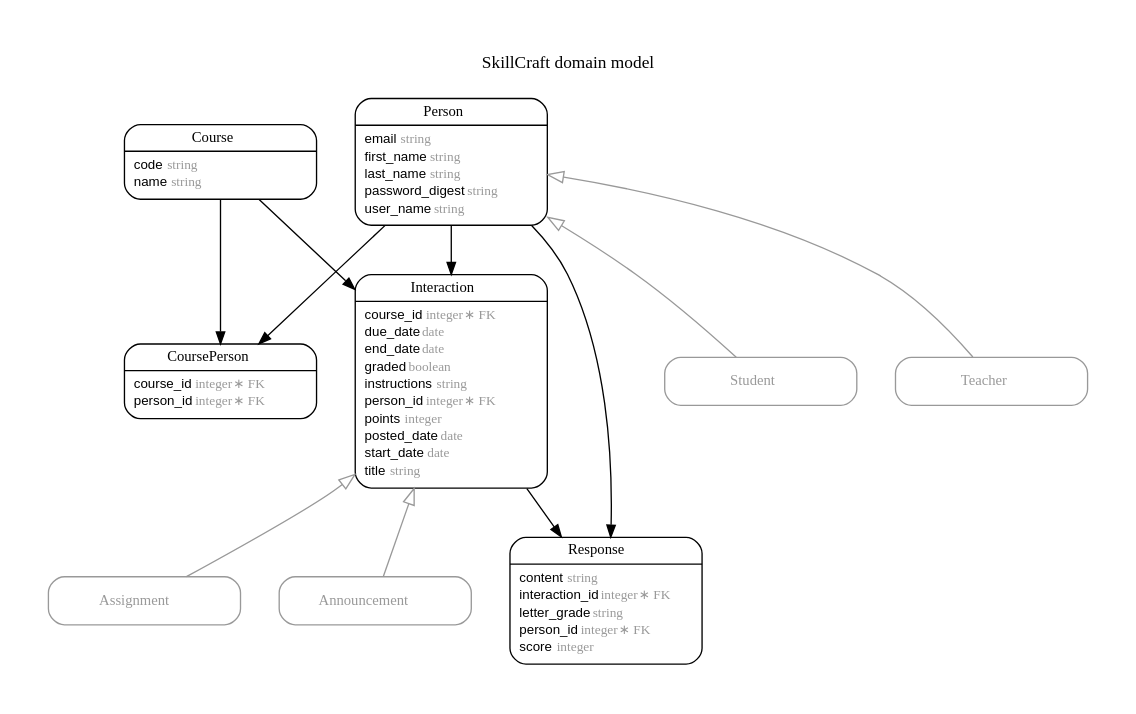
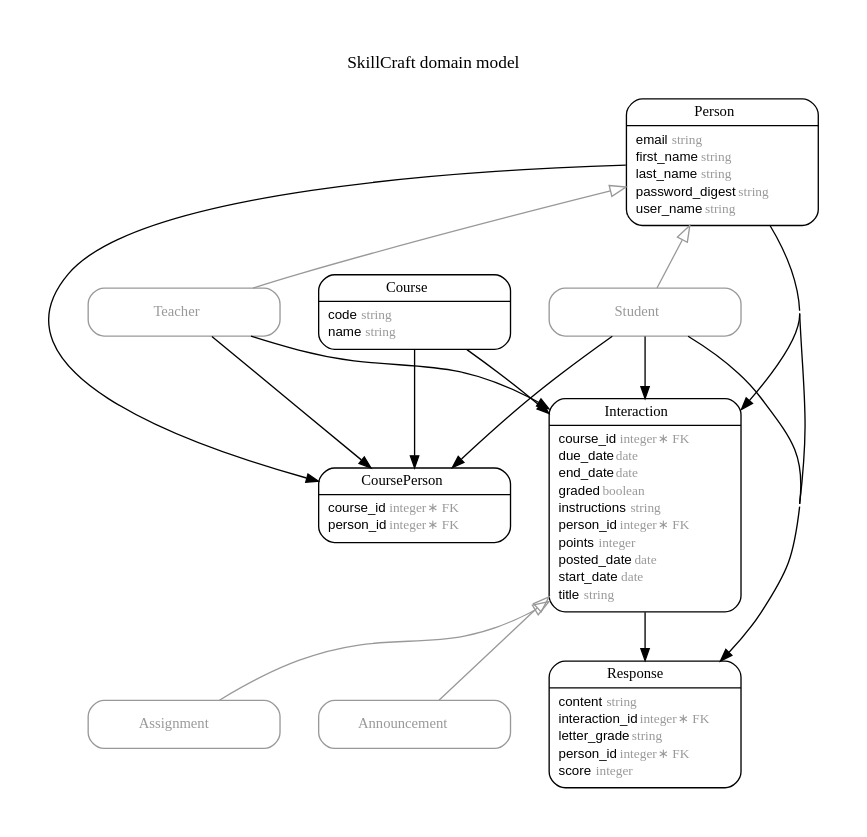
One commit to FergusDevelopmentLLC/skillcraft changed the diagram in erd.dot. Above: the diagram before and after it, drawn with Graphviz. The commit also changed 16 other files, not shown here.

```diff
--- a/erd.dot
+++ b/erd.dot
@@ -1,101 +1,106 @@
 digraph SkillCraft {
 rankdir = "LR";
 ranksep = "0.5";
 nodesep = "0.4";
 pad = "0.4,0.4";
 margin = "0,0";
 concentrate = "true";
 labelloc = "t";
 fontsize = "13";
 fontname = "Arial Bold";
 splines = "spline";
 node[ shape  =  "Mrecord" , fontsize  =  "10" , fontname  =  "Arial" , margin  =  "0.07,0.05" , penwidth  =  "1.0"];
 edge[ fontname  =  "Arial" , fontsize  =  "7" , dir  =  "both" , arrowsize  =  "0.9" , penwidth  =  "1.0" , labelangle  =  "32" , labeldistance  =  "1.8"];
 rankdir = "TB";
 label = "SkillCraft domain model\n\n";
 m_Announcement [color = "grey60", fontcolor = "grey60", label = <{<table border="0" align="center" cellspacing="0.5" cellpadding="0" width="134">
   <tr><td align="center" valign="bottom" width="130"><font face="Arial Bold" point-size="11">Announcement</font></td></tr>
 </table>
 }>];
 m_Assignment [color = "grey60", fontcolor = "grey60", label = <{<table border="0" align="center" cellspacing="0.5" cellpadding="0" width="134">
   <tr><td align="center" valign="bottom" width="130"><font face="Arial Bold" point-size="11">Assignment</font></td></tr>
 </table>
 }>];
 m_Course [label = <{<table border="0" align="center" cellspacing="0.5" cellpadding="0" width="134">
   <tr><td align="center" valign="bottom" width="130"><font face="Arial Bold" point-size="11">Course</font></td></tr>
 </table>
 |
 <table border="0" align="left" cellspacing="2" cellpadding="0" width="134">
   <tr><td align="left" width="130" port="code">code <font face="Arial Italic" color="grey60">string</font></td></tr>
   <tr><td align="left" width="130" port="name">name <font face="Arial Italic" color="grey60">string</font></td></tr>
 </table>
 }>];
 m_CoursePerson [label = <{<table border="0" align="center" cellspacing="0.5" cellpadding="0" width="134">
   <tr><td align="center" valign="bottom" width="130"><font face="Arial Bold" point-size="11">CoursePerson</font></td></tr>
 </table>
 |
 <table border="0" align="left" cellspacing="2" cellpadding="0" width="134">
   <tr><td align="left" width="130" port="course_id">course_id <font face="Arial Italic" color="grey60">integer ∗ FK</font></td></tr>
   <tr><td align="left" width="130" port="person_id">person_id <font face="Arial Italic" color="grey60">integer ∗ FK</font></td></tr>
 </table>
 }>];
 m_Interaction [label = <{<table border="0" align="center" cellspacing="0.5" cellpadding="0" width="134">
   <tr><td align="center" valign="bottom" width="130"><font face="Arial Bold" point-size="11">Interaction</font></td></tr>
 </table>
 |
 <table border="0" align="left" cellspacing="2" cellpadding="0" width="134">
   <tr><td align="left" width="130" port="course_id">course_id <font face="Arial Italic" color="grey60">integer ∗ FK</font></td></tr>
   <tr><td align="left" width="130" port="due_date">due_date <font face="Arial Italic" color="grey60">date</font></td></tr>
   <tr><td align="left" width="130" port="end_date">end_date <font face="Arial Italic" color="grey60">date</font></td></tr>
   <tr><td align="left" width="130" port="graded">graded <font face="Arial Italic" color="grey60">boolean</font></td></tr>
   <tr><td align="left" width="130" port="instructions">instructions <font face="Arial Italic" color="grey60">string</font></td></tr>
   <tr><td align="left" width="130" port="person_id">person_id <font face="Arial Italic" color="grey60">integer ∗ FK</font></td></tr>
   <tr><td align="left" width="130" port="points">points <font face="Arial Italic" color="grey60">integer</font></td></tr>
   <tr><td align="left" width="130" port="posted_date">posted_date <font face="Arial Italic" color="grey60">date</font></td></tr>
   <tr><td align="left" width="130" port="start_date">start_date <font face="Arial Italic" color="grey60">date</font></td></tr>
   <tr><td align="left" width="130" port="title">title <font face="Arial Italic" color="grey60">string</font></td></tr>
 </table>
 }>];
 m_Person [label = <{<table border="0" align="center" cellspacing="0.5" cellpadding="0" width="134">
   <tr><td align="center" valign="bottom" width="130"><font face="Arial Bold" point-size="11">Person</font></td></tr>
 </table>
 |
 <table border="0" align="left" cellspacing="2" cellpadding="0" width="134">
   <tr><td align="left" width="130" port="email">email <font face="Arial Italic" color="grey60">string</font></td></tr>
   <tr><td align="left" width="130" port="first_name">first_name <font face="Arial Italic" color="grey60">string</font></td></tr>
   <tr><td align="left" width="130" port="last_name">last_name <font face="Arial Italic" color="grey60">string</font></td></tr>
   <tr><td align="left" width="130" port="password_digest">password_digest <font face="Arial Italic" color="grey60">string</font></td></tr>
   <tr><td align="left" width="130" port="user_name">user_name <font face="Arial Italic" color="grey60">string</font></td></tr>
 </table>
 }>];
 m_Response [label = <{<table border="0" align="center" cellspacing="0.5" cellpadding="0" width="134">
   <tr><td align="center" valign="bottom" width="130"><font face="Arial Bold" point-size="11">Response</font></td></tr>
 </table>
 |
 <table border="0" align="left" cellspacing="2" cellpadding="0" width="134">
   <tr><td align="left" width="130" port="content">content <font face="Arial Italic" color="grey60">string</font></td></tr>
   <tr><td align="left" width="130" port="interaction_id">interaction_id <font face="Arial Italic" color="grey60">integer ∗ FK</font></td></tr>
   <tr><td align="left" width="130" port="letter_grade">letter_grade <font face="Arial Italic" color="grey60">string</font></td></tr>
   <tr><td align="left" width="130" port="person_id">person_id <font face="Arial Italic" color="grey60">integer ∗ FK</font></td></tr>
   <tr><td align="left" width="130" port="score">score <font face="Arial Italic" color="grey60">integer</font></td></tr>
 </table>
 }>];
 m_Student [color = "grey60", fontcolor = "grey60", label = <{<table border="0" align="center" cellspacing="0.5" cellpadding="0" width="134">
   <tr><td align="center" valign="bottom" width="130"><font face="Arial Bold" point-size="11">Student</font></td></tr>
 </table>
 }>];
 m_Teacher [color = "grey60", fontcolor = "grey60", label = <{<table border="0" align="center" cellspacing="0.5" cellpadding="0" width="134">
   <tr><td align="center" valign="bottom" width="130"><font face="Arial Bold" point-size="11">Teacher</font></td></tr>
 </table>
 }>];
   m_Interaction -> m_Announcement [color = "grey60", arrowtail = "onormal", arrowhead = "none", arrowsize = "1.2"];
   m_Interaction -> m_Assignment [color = "grey60", arrowtail = "onormal", arrowhead = "none", arrowsize = "1.2"];
   m_Person -> m_Student [color = "grey60", arrowtail = "onormal", arrowhead = "none", arrowsize = "1.2"];
   m_Person -> m_Teacher [color = "grey60", arrowtail = "onormal", arrowhead = "none", arrowsize = "1.2"];
-  m_Person -> m_Response [arrowhead = "normal", arrowtail = "none", weight = "4"];
-  m_Person -> m_CoursePerson [arrowhead = "normal", arrowtail = "none", weight = "4"];
-  m_Person -> m_Interaction [arrowhead = "normal", arrowtail = "none", weight = "6"];
+  m_Student -> m_Response [arrowhead = "normal", arrowtail = "none", weight = "1"];
+  m_Student -> m_CoursePerson [arrowhead = "normal", arrowtail = "none", weight = "1"];
+  m_Student -> m_Interaction [arrowhead = "normal", arrowtail = "none", weight = "1"];
+  m_Teacher -> m_CoursePerson [arrowhead = "normal", arrowtail = "none", weight = "1"];
+  m_Teacher -> m_Interaction [arrowhead = "normal", arrowtail = "none", weight = "1"];
   m_Course -> m_Interaction [arrowhead = "normal", arrowtail = "none", weight = "4"];
+  m_Person -> m_Interaction [arrowhead = "normal", arrowtail = "none", weight = "3"];
   m_Interaction -> m_Response [arrowhead = "normal", arrowtail = "none", weight = "4"];
+  m_Person -> m_CoursePerson [arrowhead = "normal", arrowtail = "none", weight = "1"];
   m_Course -> m_CoursePerson [arrowhead = "normal", arrowtail = "none", weight = "2"];
+  m_Person -> m_Response [arrowhead = "normal", arrowtail = "none", weight = "1"];
 }
```
